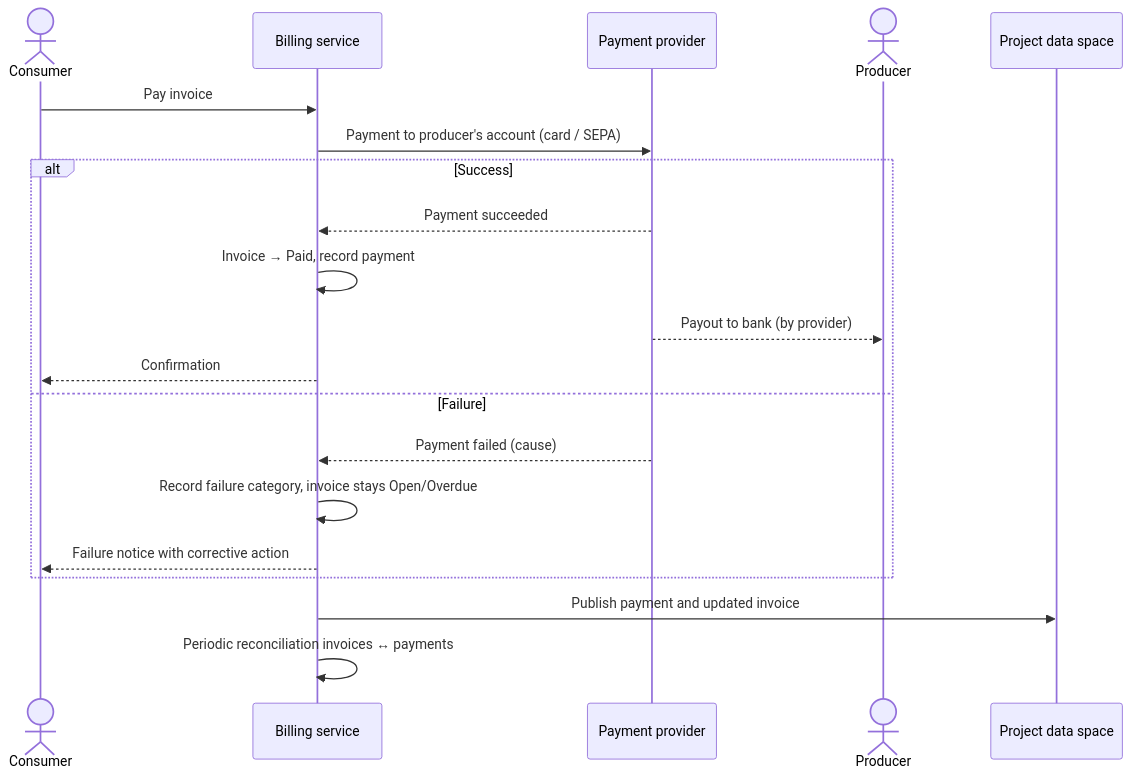
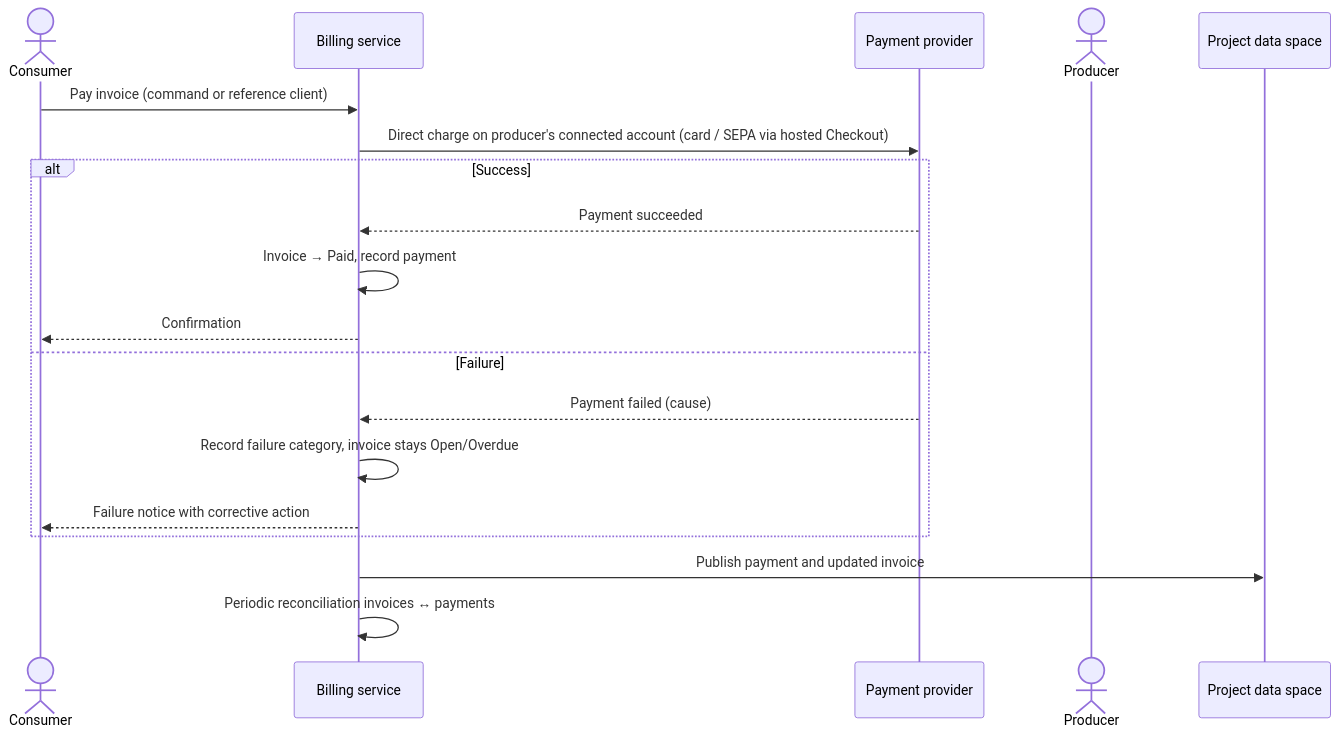
Before and after one commit to blooo-io/intelligent-eu-bps-source: the fifth of 7 diagrams in docs/architecture/01-functional-architecture.md, drawn with Mermaid. The commit also changed other lines of this file and 96 other files, not shown here.

````diff
--- a/docs/architecture/01-functional-architecture.md
+++ b/docs/architecture/01-functional-architecture.md
@@ -188,22 +191,21 @@
 ```mermaid
 sequenceDiagram
   actor C as Consumer
   participant B as Billing service
   participant PSP as Payment provider
   actor P as Producer
   participant DS as Project data space
-  C->>B: Pay invoice
-  B->>PSP: Payment to producer's account (card / SEPA)
+  C->>B: Pay invoice (command or reference client)
+  B->>PSP: Direct charge on producer's connected account (card / SEPA via hosted Checkout)
   alt Success
     PSP-->>B: Payment succeeded
     B->>B: Invoice → Paid, record payment
-    PSP-->>P: Payout to bank (by provider)
     B-->>C: Confirmation
   else Failure
     PSP-->>B: Payment failed (cause)
     B->>B: Record failure category, invoice stays Open/Overdue
     B-->>C: Failure notice with corrective action
   end
   B->>DS: Publish payment and updated invoice
   B->>B: Periodic reconciliation invoices ↔ payments
 ```
````
